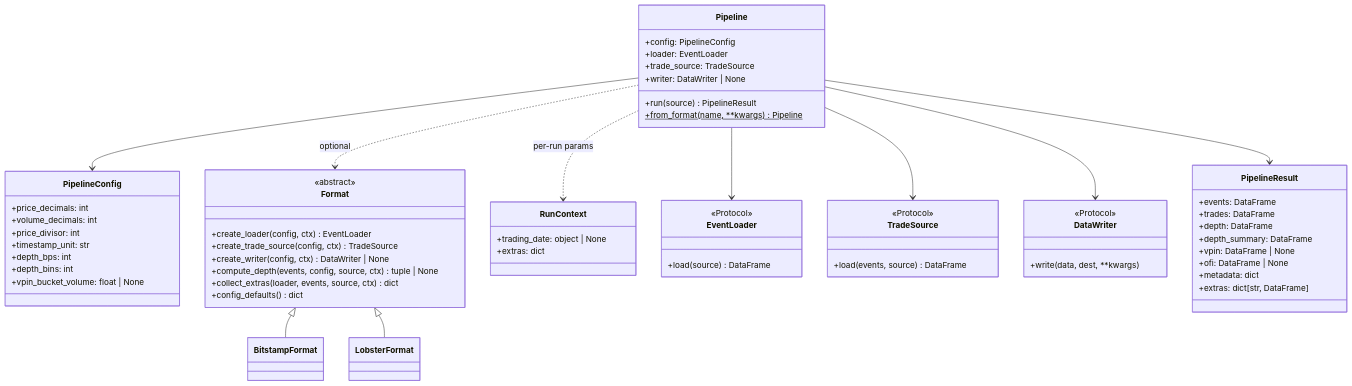
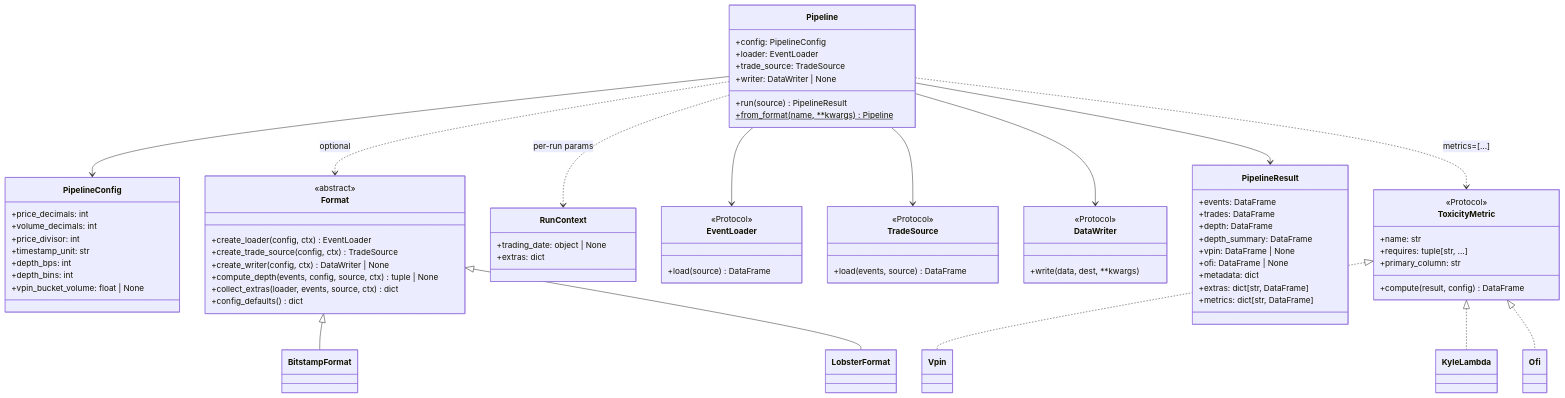
One commit to mczielinski/ob-analytics changed the diagram in ARCHITECTURE.md. Above: the diagram before and after it, drawn with Mermaid. The commit also changed other lines of this file and 16 other files, not shown here.

First line of the commit message:
feat(metrics): add ToxicityMetric protocol with Vpin/Ofi/KyleLambda

````diff
--- a/ARCHITECTURE.md
+++ b/ARCHITECTURE.md
@@ -99,7 +99,20 @@
         +ofi: DataFrame | None
         +metadata: dict
         +extras: dict[str, DataFrame]
+        +metrics: dict[str, DataFrame]
     }
+
+    class ToxicityMetric {
+        <<Protocol>>
+        +name: str
+        +requires: tuple[str, ...]
+        +primary_column: str
+        +compute(result, config) DataFrame
+    }
+
+    class Vpin
+    class KyleLambda
+    class Ofi
 
     Pipeline --> PipelineConfig
     Pipeline --> EventLoader
@@ -108,6 +121,10 @@
     Pipeline --> PipelineResult
     Pipeline ..> Format : optional
     Pipeline ..> RunContext : per-run params
+    Pipeline ..> ToxicityMetric : metrics=[...]
     Format <|-- BitstampFormat
     Format <|-- LobsterFormat
+    ToxicityMetric <|.. Vpin
+    ToxicityMetric <|.. KyleLambda
+    ToxicityMetric <|.. Ofi
 ```
````
